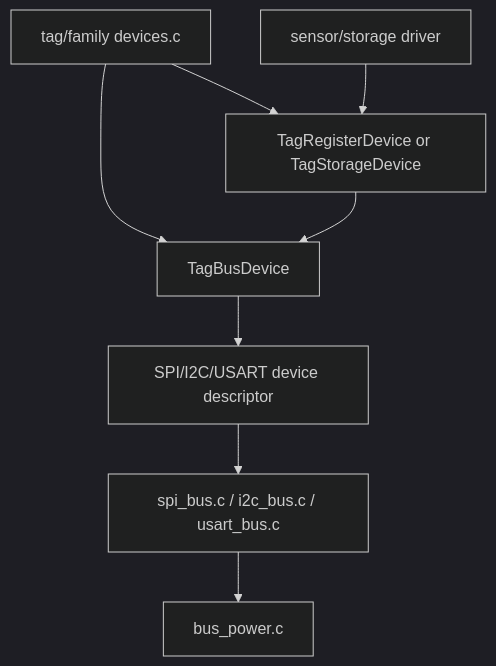
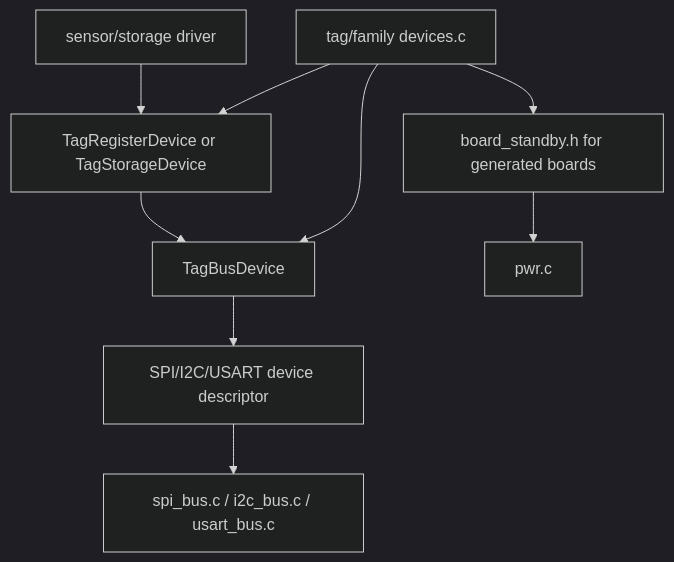
One commit to tag-designs/software changed the first of 2 diagrams in embedded/tags/common/core/README.md. Above: the diagram before and after it, drawn with Mermaid (dark theme). The commit also changed other lines of this file and 14 other files, not shown here.

Commit message:
Generate board standby pull masks

````diff
--- a/embedded/tags/common/core/README.md
+++ b/embedded/tags/common/core/README.md
@@ -68,15 +69,16 @@
 ```mermaid
 flowchart TD
   DeviceFile["tag/family devices.c"]
   Driver["sensor/storage driver"]
 
   DeviceFile --> BusDevice["TagBusDevice"]
   BusDevice --> TypedDevice["SPI/I2C/USART device descriptor"]
   DeviceFile --> RegisterDevice["TagRegisterDevice"]
 
   Driver --> RegisterDevice["TagRegisterDevice or TagStorageDevice"]
   RegisterDevice --> BusDevice
 
   TypedDevice --> BusModule["spi_bus.c / i2c_bus.c / usart_bus.c"]
-  BusModule --> BusPower["bus_power.c"]
+  DeviceFile --> BoardStandby["board_standby.h for generated boards"]
+  BoardStandby --> Power["pwr.c"]
 ```
````
